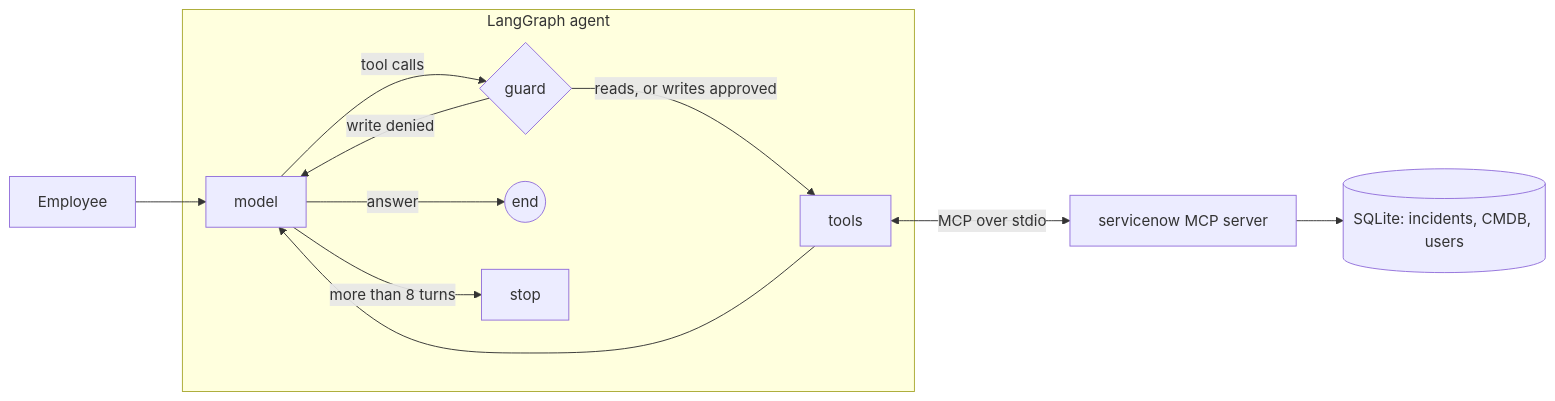
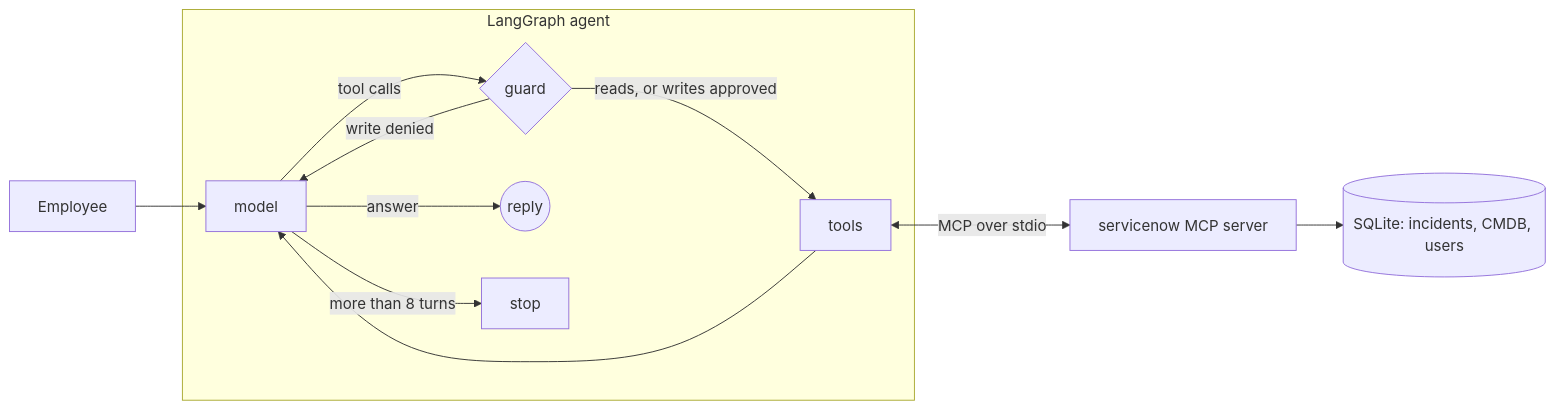
The diagram in README.md (Sitraka17/servicedesk-agent), drawn with Mermaid before and after one commit.

Commit message:
README: fix architecture diagram

````diff
--- a/README.md
+++ b/README.md
@@ -9,14 +9,14 @@
 ```mermaid
 flowchart LR
     U[Employee] --> M
     subgraph Agent [LangGraph agent]
         M[model] -->|tool calls| G{guard}
         G -->|reads, or writes approved| T[tools]
         G -->|write denied| M
         T --> M
-        M -->|answer| E((end))
+        M -->|answer| A((reply))
         M -->|more than 8 turns| S[stop]
     end
     T <-->|MCP over stdio| MCP[servicenow MCP server]
     MCP --> DB[(SQLite: incidents, CMDB, users)]
 ```
````
